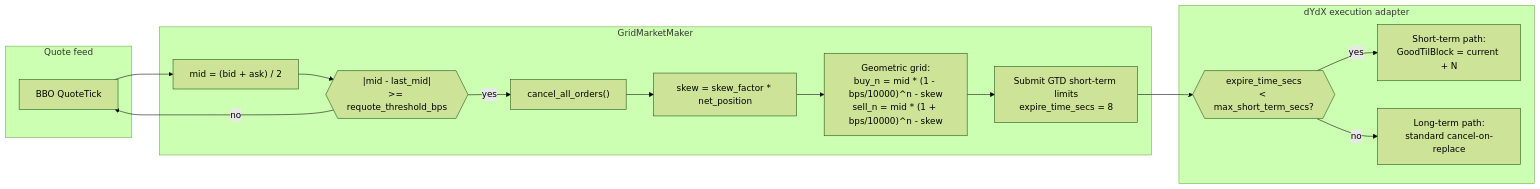
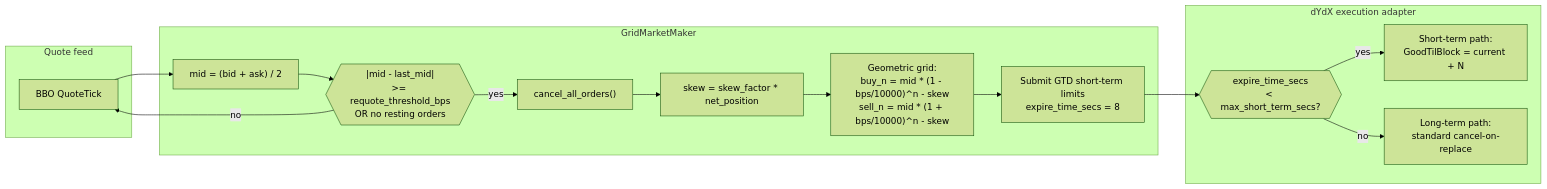
The first of 2 diagrams in docs/tutorials/grid_market_maker_dydx.md (nautechsystems/nautilus_trader), drawn with Mermaid (forest theme) before and after one commit. The commit also changed other lines of this file and 2 other files, not shown here.

````diff
--- a/docs/tutorials/grid_market_maker_dydx.md
+++ b/docs/tutorials/grid_market_maker_dydx.md
@@ -17,28 +17,28 @@
 ```mermaid
 flowchart LR
     subgraph Inputs ["Quote feed"]
         Q["BBO QuoteTick"]
     end
 
     subgraph Strategy ["GridMarketMaker"]
         M["mid = (bid + ask) / 2"]
-        TH{{"|mid - last_mid|<br/>>= requote_threshold_bps"}}
+        TH{{"|mid - last_mid|<br/>>= requote_threshold_bps<br/>OR no resting orders"}}
         CA["cancel_all_orders()"]
         SK["skew = skew_factor * net_position"]
         GR["Geometric grid:<br/>buy_n = mid * (1 - bps/10000)^n - skew<br/>sell_n = mid * (1 + bps/10000)^n - skew"]
         SUB["Submit GTD short-term limits<br/>expire_time_secs = 8"]
     end
 
     subgraph Adapter ["dYdX execution adapter"]
         CL{{"expire_time_secs<br/>< max_short_term_secs?"}}
         ST["Short-term path:<br/>GoodTilBlock = current + N"]
         LT["Long-term path:<br/>standard cancel-on-replace"]
     end
 
     Q --> M --> TH
     TH -->|yes| CA --> SK --> GR --> SUB
     TH -->|no| Q
     SUB --> CL
     CL -->|yes| ST
     CL -->|no| LT
 ```
````
